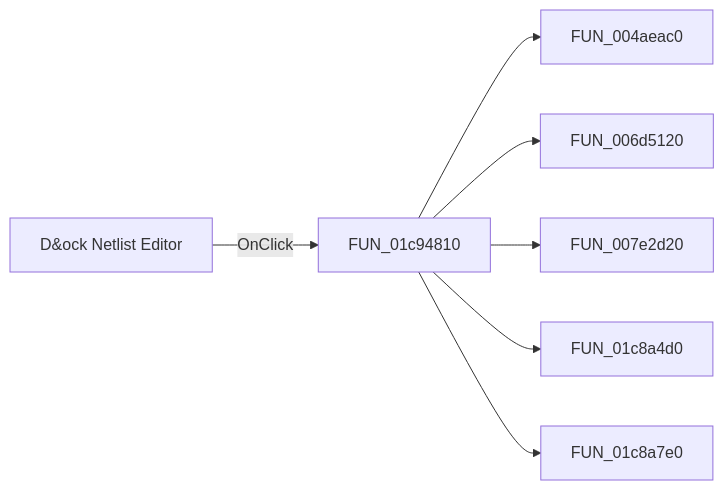
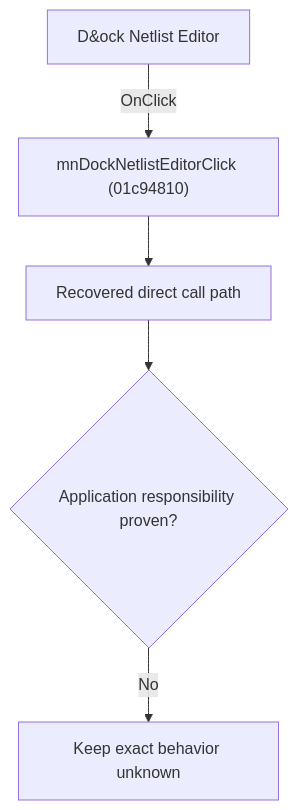
Before and after one commit to MovGP0/TIARA: the diagram in docs/ui-controls/schematiceditor/mndocknetlisteditor-677d547aac.md, drawn with Mermaid. The commit also changed other lines of this file and 1062 other files, not shown here.

````diff
--- a/docs/ui-controls/schematiceditor/mndocknetlisteditor-677d547aac.md
+++ b/docs/ui-controls/schematiceditor/mndocknetlisteditor-677d547aac.md
@@ -27,9 +27,7 @@
 ```mermaid
-flowchart LR
-    control["D&ock Netlist Editor"] -->|OnClick| handler["FUN_01c94810"]
-    handler --> call1["FUN_004aeac0"]
-    handler --> call2["FUN_006d5120"]
-    handler --> call3["FUN_007e2d20"]
-    handler --> call4["FUN_01c8a4d0"]
-    handler --> call5["FUN_01c8a7e0"]
+flowchart TD
+    control["D&ock Netlist Editor"] -->|"OnClick"| handler["mnDockNetlistEditorClick (01c94810)"]
+    handler --> recovered["Recovered direct call path"]
+    recovered --> gap{"Application responsibility proven?"}
+    gap -->|"No"| blocked["Keep exact behavior unknown"]
 ```
````
